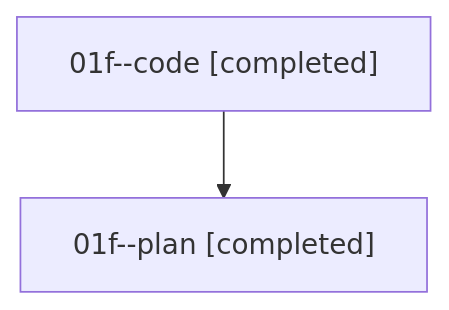
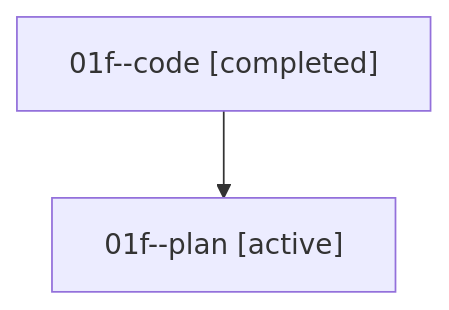
One commit to sase-org/sase--agents changed the diagram in families/bbugyi200.athena.01f.md. Above: the diagram before and after it, drawn with Mermaid. The commit also changed other lines of this file and 35830 other files, not shown here.

````diff
--- a/families/bbugyi200.athena.01f.md
+++ b/families/bbugyi200.athena.01f.md
@@ -9,6 +9,6 @@
 ```mermaid
 flowchart TD
   n0["01f--code [completed]"]
-  n1["01f--plan [completed]"]
+  n1["01f--plan [active]"]
   n0 --> n1
 ```
````
